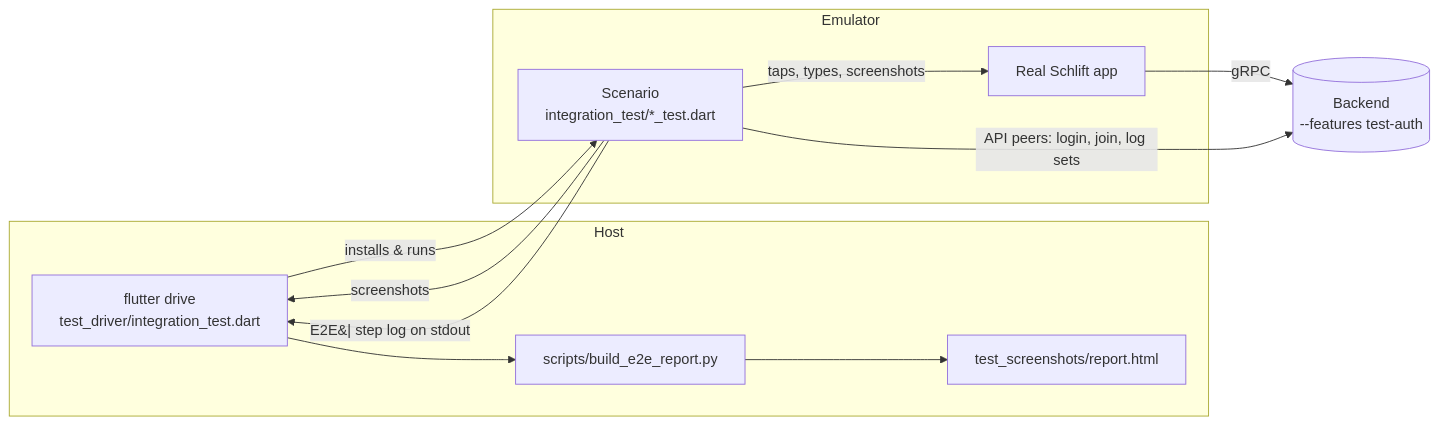
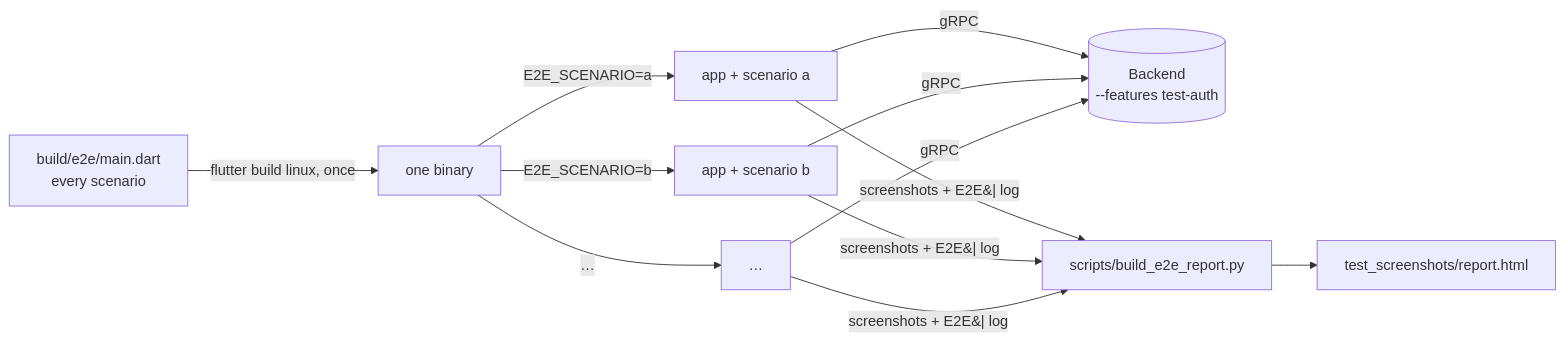
The diagram in docs/testing/e2e-scenarios.md (brensch/lift), drawn with Mermaid before and after one commit. The commit also changed other lines of this file and 19 other files, not shown here.

First line of the commit message:
e2e: build once for Linux, run the scenarios side by side

````diff
--- a/docs/testing/e2e-scenarios.md
+++ b/docs/testing/e2e-scenarios.md
@@ -25,21 +28,10 @@
 ```mermaid
 flowchart LR
-  subgraph Host
-    D[flutter drive<br/>test_driver/integration_test.dart]
-    R[scripts/build_e2e_report.py]
-    H[test_screenshots/report.html]
-  end
-  subgraph Emulator
-    A[Real Schlift app]
-    S[Scenario<br/>integration_test/*_test.dart]
-  end
-  B[(Backend<br/>--features test-auth)]
-
-  D -->|installs & runs| S
-  S -->|taps, types, screenshots| A
-  A -->|gRPC| B
-  S -->|API peers: login, join, log sets| B
-  S -->|screenshots| D
-  S -->|E2E&#124; step log on stdout| D
-  D --> R --> H
+  E[build/e2e/main.dart<br/>every scenario] -->|flutter build linux, once| X[one binary]
+  X -->|E2E_SCENARIO=a| A[app + scenario a]
+  X -->|E2E_SCENARIO=b| B2[app + scenario b]
+  X -->|…| C[…]
+  A & B2 & C -->|gRPC| B[(Backend<br/>--features test-auth)]
+  A & B2 & C -->|screenshots + E2E&#124; log| R[scripts/build_e2e_report.py]
+  R --> H[test_screenshots/report.html]
 ```
````
